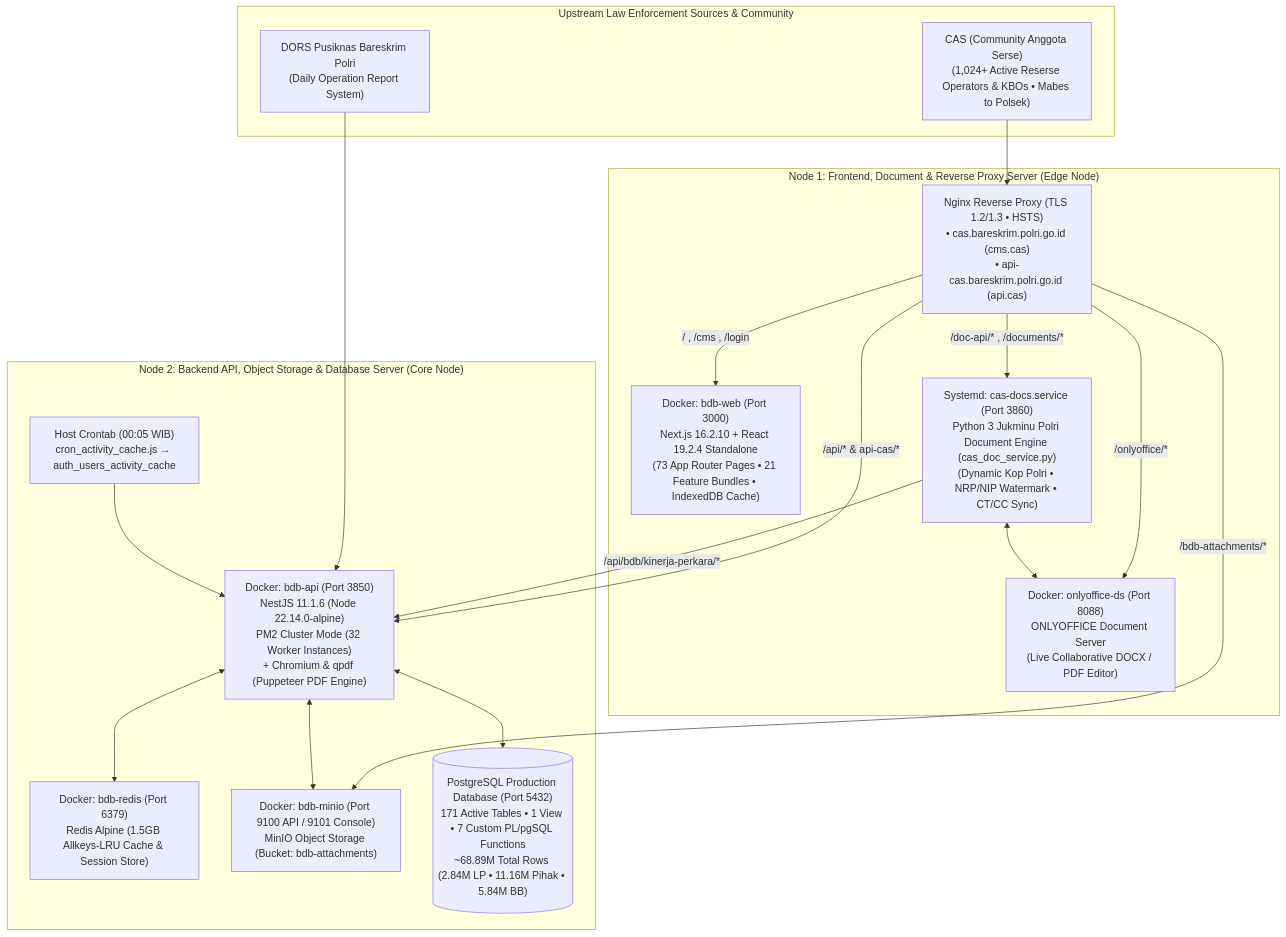
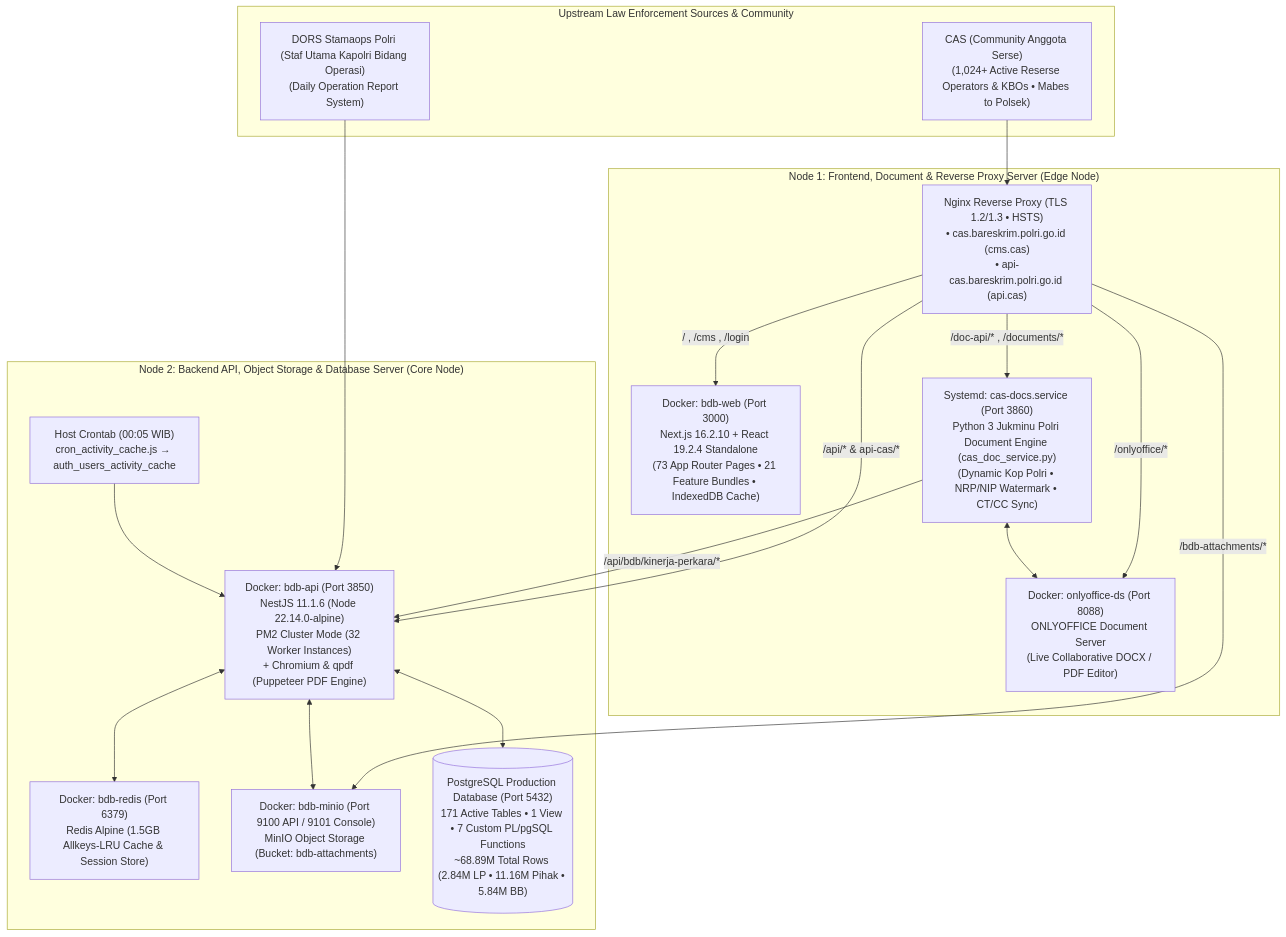
The second of 2 diagrams in README.md (omeko42/big-data-binops), drawn with Mermaid before and after one commit. The commit also changed other lines of this file and 7 other files, not shown here.

Commit message:
docs(terminology): standardize DORS attribution to Stamaops Polri (Staf Utama Kapolri Bidang Operasi)

````diff
--- a/README.md
+++ b/README.md
@@ -59,36 +59,36 @@
 ```mermaid
 flowchart TB
     subgraph Upstream["Upstream Law Enforcement Sources & Community"]
-        DORS["DORS Pusiknas Bareskrim Polri<br/>(Daily Operation Report System)"]
+        DORS["DORS Stamaops Polri (Staf Utama Kapolri Bidang Operasi)<br/>(Daily Operation Report System)"]
         CAS["CAS (Community Anggota Serse)<br/>(1,024+ Active Reserse Operators & KBOs • Mabes to Polsek)"]
     end
 
     subgraph EdgeNode["Node 1: Frontend, Document & Reverse Proxy Server (Edge Node)"]
         Nginx["Nginx Reverse Proxy (TLS 1.2/1.3 • HSTS)<br/>• cas.bareskrim.polri.go.id (cms.cas)<br/>• api-cas.bareskrim.polri.go.id (api.cas)"]
         BdbWeb["Docker: bdb-web (Port 3000)<br/>Next.js 16.2.10 + React 19.2.4 Standalone<br/>(73 App Router Pages • 21 Feature Bundles • IndexedDB Cache)"]
         CasDocs["Systemd: cas-docs.service (Port 3860)<br/>Python 3 Jukminu Polri Document Engine (cas_doc_service.py)<br/>(Dynamic Kop Polri • NRP/NIP Watermark • CT/CC Sync)"]
         OnlyOffice["Docker: onlyoffice-ds (Port 8088)<br/>ONLYOFFICE Document Server<br/>(Live Collaborative DOCX / PDF Editor)"]
     end
 
     subgraph CoreNode["Node 2: Backend API, Object Storage & Database Server (Core Node)"]
         BdbApi["Docker: bdb-api (Port 3850)<br/>NestJS 11.1.6 (Node 22.14.0-alpine)<br/>PM2 Cluster Mode (32 Worker Instances)<br/>+ Chromium & qpdf (Puppeteer PDF Engine)"]
         BdbRedis["Docker: bdb-redis (Port 6379)<br/>Redis Alpine (1.5GB Allkeys-LRU Cache & Session Store)"]
         BdbMinio["Docker: bdb-minio (Port 9100 API / 9101 Console)<br/>MinIO Object Storage (Bucket: bdb-attachments)"]
         Postgres[("PostgreSQL Production Database (Port 5432)<br/>171 Active Tables • 1 View • 7 Custom PL/pgSQL Functions<br/>~68.89M Total Rows (2.84M LP • 11.16M Pihak • 5.84M BB)")]
         CronBe["Host Crontab (00:05 WIB)<br/>cron_activity_cache.js → auth_users_activity_cache"]
     end
 
     DORS --> BdbApi
     CAS --> Nginx
     Nginx -->|"/ , /cms , /login"| BdbWeb
     Nginx -->|"/doc-api/* , /documents/*"| CasDocs
     Nginx -->|"/onlyoffice/*"| OnlyOffice
     Nginx -->|"/api/* & api-cas/*"| BdbApi
     Nginx -->|"/bdb-attachments/*"| BdbMinio
     CasDocs <--> OnlyOffice
     CasDocs -->|"/api/bdb/kinerja-perkara/*"| BdbApi
     BdbApi <--> Postgres
     BdbApi <--> BdbRedis
     BdbApi <--> BdbMinio
     CronBe --> BdbApi
 ```
````
